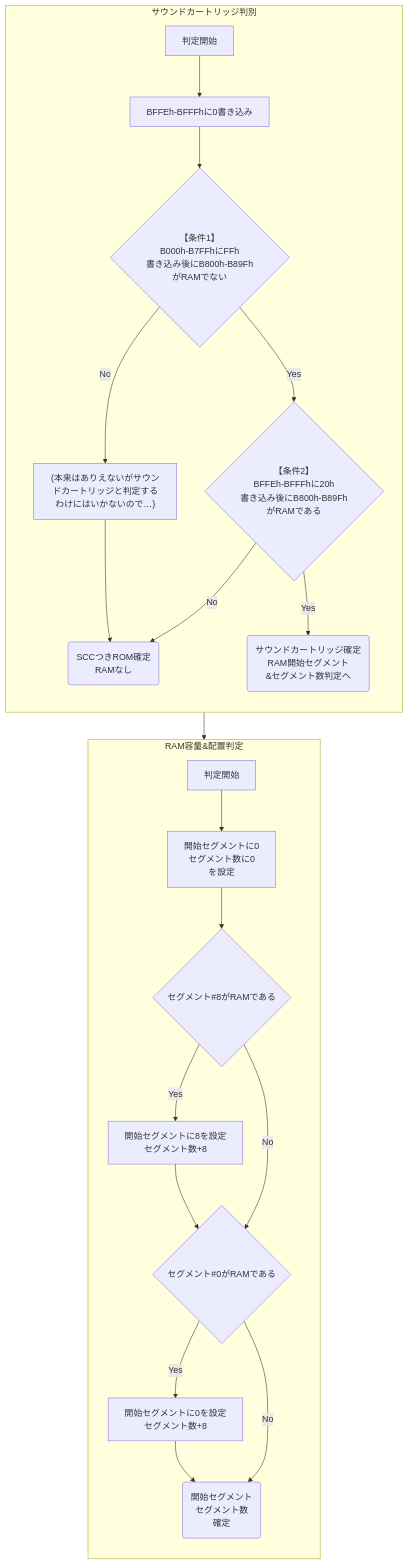
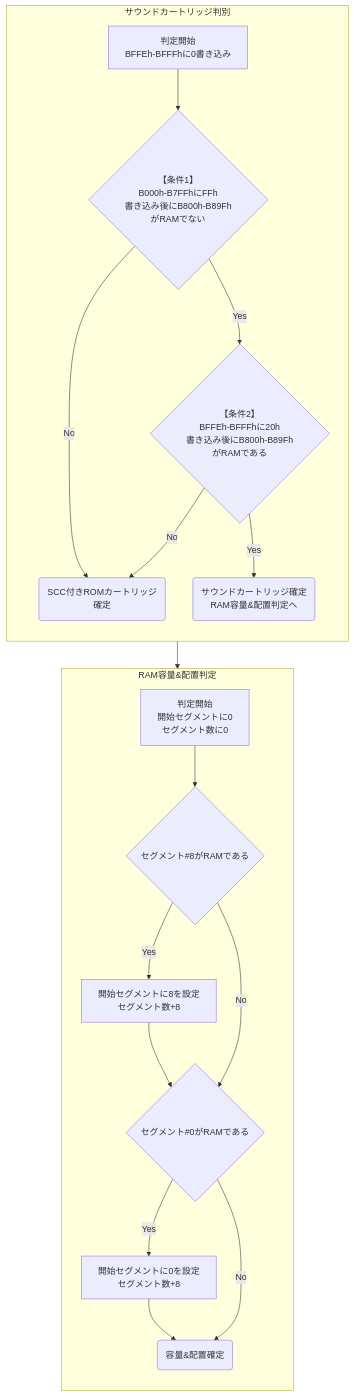
One commit to goriponsoft/MSX-MegaROM-IdentificationTool changed the diagram in flow_scc.md. Above: the diagram before and after it, drawn with Mermaid. The commit also changed other lines of this file and 5 other files, not shown here.

````diff
--- a/flow_scc.md
+++ b/flow_scc.md
@@ -2,29 +2,29 @@
 ```mermaid
 graph TD
 subgraph SND["サウンドカートリッジ判別"]
 	direction TB;
-	SND_STA["判定開始"] --> SND_INIT;
-	SND_INIT["BFFEh-BFFFhに0書き込み"] --> SND_CHK1;
+	SND_STA["判定開始<br>BFFEh-BFFFhに0書き込み"];
+	SND_STA --> SND_CHK1;
 	SND_CHK1{"【条件1】<br>B000h-B7FFhにFFh<br>書き込み後にB800h-B89FhがRAMでない"};
-	SND_CHK1 -- No --> SCC_UNK["(本来はありえないがサウンドカートリッジと判定するわけにはいかないので…)"] --> SND_SCC;
+	SND_CHK1 -- No --> SND_SCC;
 	SND_CHK1 -- Yes --> SND_CHK2;
 	SND_CHK2{"【条件2】<br>BFFEh-BFFFhに20h<br>書き込み後にB800h-B89FhがRAMである"};
 	SND_CHK2 -- No --> SND_SCC;
 	SND_CHK2 -- Yes --> SND_SND;
-	SND_SCC("SCCつきROM確定<br>RAMなし");
-	SND_SND("サウンドカートリッジ確定<br>RAM開始セグメント<br>&セグメント数判定へ");
+	SND_SCC("SCC付きROMカートリッジ確定");
+	SND_SND("サウンドカートリッジ確定<br>RAM容量&配置判定へ");
 end
 SND_SND　--> CAP
 subgraph CAP["RAM容量&配置判定"]
 	direction TB;
-	CAP_STA["判定開始"] --> CAP_INIT;
-	CAP_INIT["開始セグメントに0<br>セグメント数に0<br>を設定"] --> CAP_CHK1;
+	CAP_STA["判定開始<br>開始セグメントに0<br>セグメント数に0"];
+	CAP_STA --> CAP_CHK1;
 	CAP_CHK1{"セグメント#8がRAMである"};
 	CAP_CHK1 -- Yes --> CAP_VAL1["開始セグメントに8を設定<br>セグメント数+8"] --> CAP_CHK2;
 	CAP_CHK1 -- No --> CAP_CHK2;
 	CAP_CHK2{"セグメント#0がRAMである"};
 	CAP_CHK2 -- Yes --> CAP_VAL2["開始セグメントに0を設定<br>セグメント数+8"] --> CAP_FIN;
 	CAP_CHK2 -- No --> CAP_FIN;
-	CAP_FIN("開始セグメント<br>セグメント数<br>確定");
+	CAP_FIN("容量&配置確定");
 end
 ```
````
